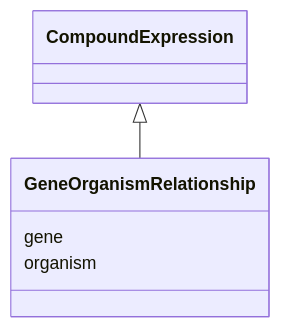
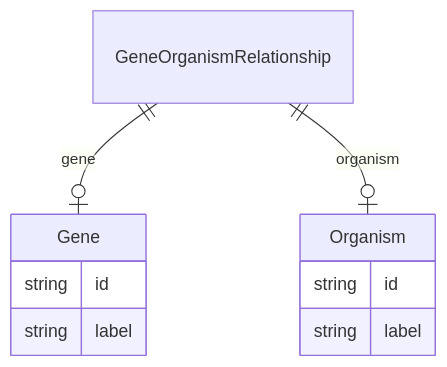
The diagram in docs/gocam/GeneOrganismRelationship.md (monarch-initiative/ontogpt), drawn with Mermaid before and after one commit. The commit also changed 187 other files, not shown here.

````diff
--- a/docs/gocam/GeneOrganismRelationship.md
+++ b/docs/gocam/GeneOrganismRelationship.md
@@ -8,9 +8,18 @@
 ```mermaid
- classDiagram
-    class GeneOrganismRelationship
-      CompoundExpression <|-- GeneOrganismRelationship
-      
-      GeneOrganismRelationship : gene
-      GeneOrganismRelationship : organism
-      
+erDiagram
+GeneOrganismRelationship {
+
+}
+Organism {
+    string id  
+    string label  
+}
+Gene {
+    string id  
+    string label  
+}
+
+GeneOrganismRelationship ||--|o Gene : "gene"
+GeneOrganismRelationship ||--|o Organism : "organism"
+
 ```
````
